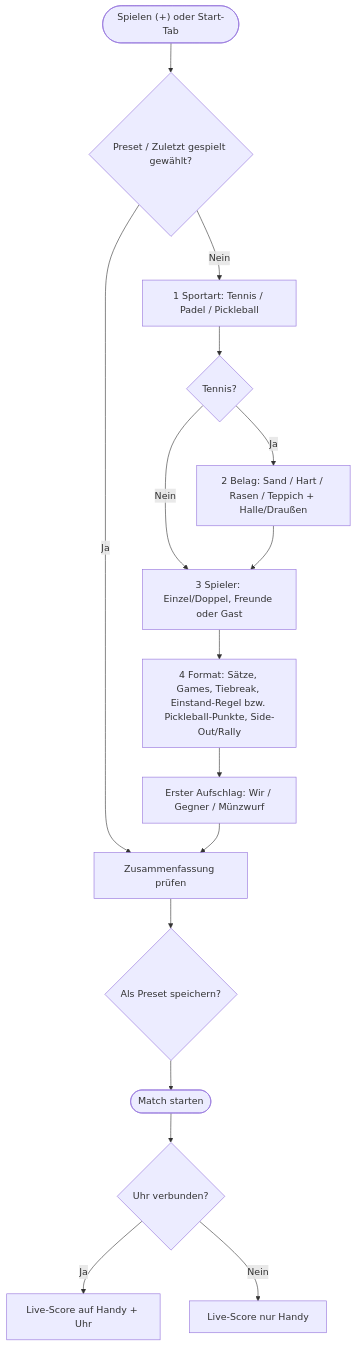
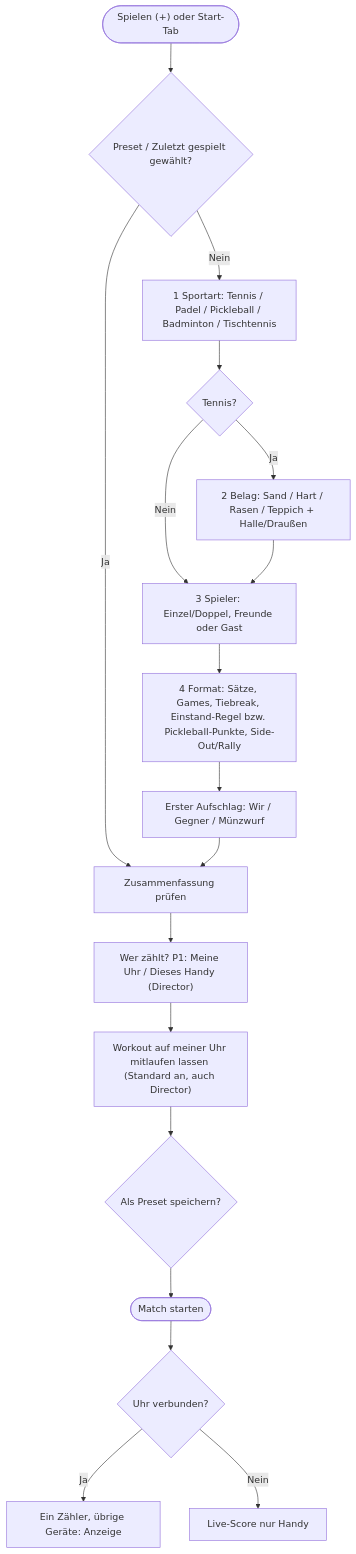
Before and after one commit to thealextd1337-spec/racketone: the second of 6 diagrams in docs/04-ux-design.md, drawn with Mermaid. The commit also changed other lines of this file and 4 other files, not shown here.

First line of the commit message:
Docs: Single-Scorer-Rollenmodell (Zähler, Director, Anzeige, Visitor) (#15)

````diff
--- a/docs/04-ux-design.md
+++ b/docs/04-ux-design.md
@@ -133,18 +133,20 @@
 ```mermaid
 flowchart TD
   S0(["Spielen (+) oder Start-Tab"]) --> Q{"Preset / Zuletzt gespielt gewählt?"}
   Q -- "Ja" --> SUM["Zusammenfassung prüfen"]
-  Q -- "Nein" --> S1["1 Sportart: Tennis / Padel / Pickleball"]
+  Q -- "Nein" --> S1["1 Sportart: Tennis / Padel / Pickleball / Badminton / Tischtennis"]
   S1 --> T{"Tennis?"}
   T -- "Ja" --> S2["2 Belag: Sand / Hart / Rasen / Teppich + Halle/Draußen"]
   T -- "Nein" --> S3
   S2 --> S3["3 Spieler: Einzel/Doppel, Freunde oder Gast"]
   S3 --> S4["4 Format: Sätze, Games, Tiebreak, Einstand-Regel bzw. Pickleball-Punkte, Side-Out/Rally"]
   S4 --> SRV["Erster Aufschlag: Wir / Gegner / Münzwurf"]
   SRV --> SUM
-  SUM --> PRE{"Als Preset speichern?"}
+  SUM --> WHO["Wer zählt? P1: Meine Uhr / Dieses Handy (Director)"]
+  WHO --> WORK["Workout auf meiner Uhr mitlaufen lassen (Standard an, auch Director)"]
+  WORK --> PRE{"Als Preset speichern?"}
   PRE --> START(["Match starten"])
   START --> W{"Uhr verbunden?"}
-  W -- "Ja" --> BOTH["Live-Score auf Handy + Uhr"]
+  W -- "Ja" --> BOTH["Ein Zähler, übrige Geräte: Anzeige"]
   W -- "Nein" --> PH["Live-Score nur Handy"]
 ```
````
